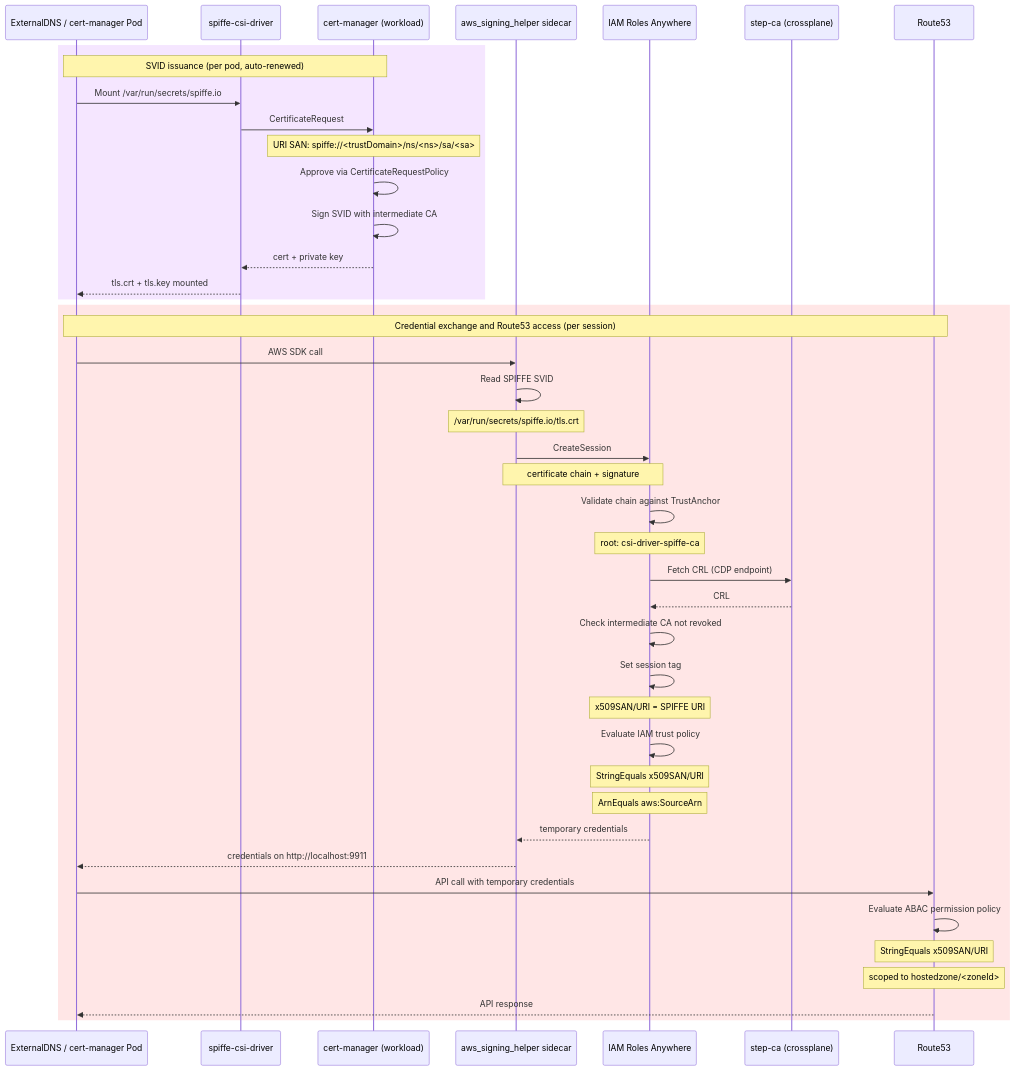
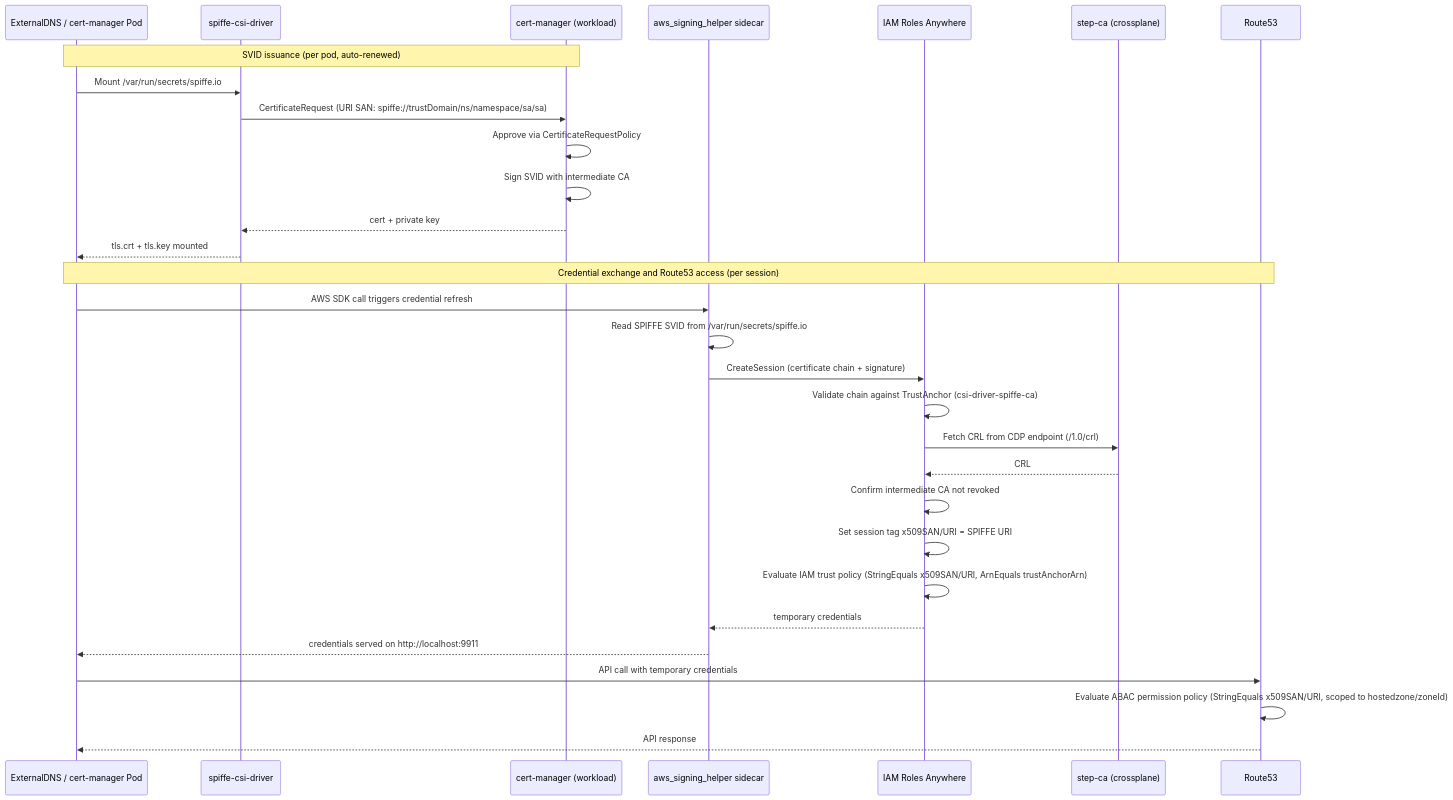
One commit to estenrye/flux-platform-src changed the third of 3 diagrams in doc/adr/0007-crossplane-composition-for-externaldns-and-certmanager-iam-roles-anywhere.md. Above: the diagram before and after it, drawn with Mermaid. The commit also changed other lines of this file and 1 other file, not shown here.

Commit message:
Fix sequence diagram rendering

````diff
--- a/doc/adr/0007-crossplane-composition-for-externaldns-and-certmanager-iam-roles-anywhere.md
+++ b/doc/adr/0007-crossplane-composition-for-externaldns-and-certmanager-iam-roles-anywhere.md
@@ -1012,47 +983,34 @@
 ```mermaid
 sequenceDiagram
     participant Pod as ExternalDNS / cert-manager Pod
     participant CSI as spiffe-csi-driver
     participant CM_WC as cert-manager (workload)
     participant Helper as aws_signing_helper sidecar
     participant RAWS as IAM Roles Anywhere
     participant StepCA as step-ca (crossplane)
     participant R53 as Route53
 
-    rect rgb(245, 230, 255)
-        Note over Pod,CM_WC: SVID issuance (per pod, auto-renewed)
-        Pod->>CSI: Mount /var/run/secrets/spiffe.io
-        CSI->>CM_WC: CertificateRequest
-        Note over CM_WC: URI SAN: spiffe://<trustDomain>/ns/<ns>/sa/<sa>
-        CM_WC->>CM_WC: Approve via CertificateRequestPolicy
-        CM_WC->>CM_WC: Sign SVID with intermediate CA
-        CM_WC-->>CSI: cert + private key
-        CSI-->>Pod: tls.crt + tls.key mounted
-    end
+    Note over Pod,CM_WC: SVID issuance (per pod, auto-renewed)
+    Pod->>CSI: Mount /var/run/secrets/spiffe.io
+    CSI->>CM_WC: CertificateRequest (URI SAN: spiffe://trustDomain/ns/namespace/sa/sa)
+    CM_WC->>CM_WC: Approve via CertificateRequestPolicy
+    CM_WC->>CM_WC: Sign SVID with intermediate CA
+    CM_WC-->>CSI: cert + private key
+    CSI-->>Pod: tls.crt + tls.key mounted
 
-    rect rgb(255, 230, 230)
-        Note over Pod,R53: Credential exchange and Route53 access (per session)
-        Pod->>Helper: AWS SDK call
-        Helper->>Helper: Read SPIFFE SVID
-        Note over Helper: /var/run/secrets/spiffe.io/tls.crt
-        Helper->>RAWS: CreateSession
-        Note over Helper,RAWS: certificate chain + signature
-        RAWS->>RAWS: Validate chain against TrustAnchor
-        Note over RAWS: root: csi-driver-spiffe-ca
-        RAWS->>StepCA: Fetch CRL (CDP endpoint)
-        StepCA-->>RAWS: CRL
-        RAWS->>RAWS: Check intermediate CA not revoked
-        RAWS->>RAWS: Set session tag
-        Note over RAWS: x509SAN/URI = SPIFFE URI
-        RAWS->>RAWS: Evaluate IAM trust policy
-        Note over RAWS: StringEquals x509SAN/URI
-        Note over RAWS: ArnEquals aws:SourceArn
-        RAWS-->>Helper: temporary credentials
-        Helper-->>Pod: credentials on http://localhost:9911
-        Pod->>R53: API call with temporary credentials
-        R53->>R53: Evaluate ABAC permission policy
-        Note over R53: StringEquals x509SAN/URI
-        Note over R53: scoped to hostedzone/<zoneId>
-        R53-->>Pod: API response
-    end
+    Note over Pod,R53: Credential exchange and Route53 access (per session)
+    Pod->>Helper: AWS SDK call triggers credential refresh
+    Helper->>Helper: Read SPIFFE SVID from /var/run/secrets/spiffe.io
+    Helper->>RAWS: CreateSession (certificate chain + signature)
+    RAWS->>RAWS: Validate chain against TrustAnchor (csi-driver-spiffe-ca)
+    RAWS->>StepCA: Fetch CRL from CDP endpoint (/1.0/crl)
+    StepCA-->>RAWS: CRL
+    RAWS->>RAWS: Confirm intermediate CA not revoked
+    RAWS->>RAWS: Set session tag x509SAN/URI = SPIFFE URI
+    RAWS->>RAWS: Evaluate IAM trust policy (StringEquals x509SAN/URI, ArnEquals trustAnchorArn)
+    RAWS-->>Helper: temporary credentials
+    Helper-->>Pod: credentials served on http://localhost:9911
+    Pod->>R53: API call with temporary credentials
+    R53->>R53: Evaluate ABAC permission policy (StringEquals x509SAN/URI, scoped to hostedzone/zoneId)
+    R53-->>Pod: API response
 ```
````
